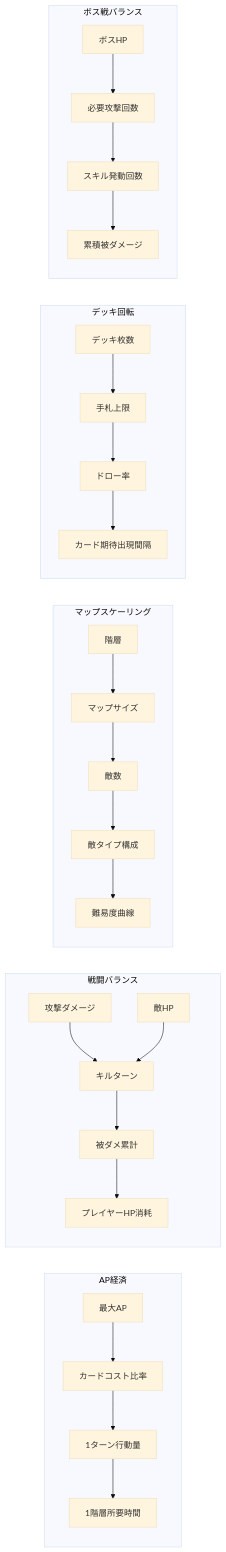
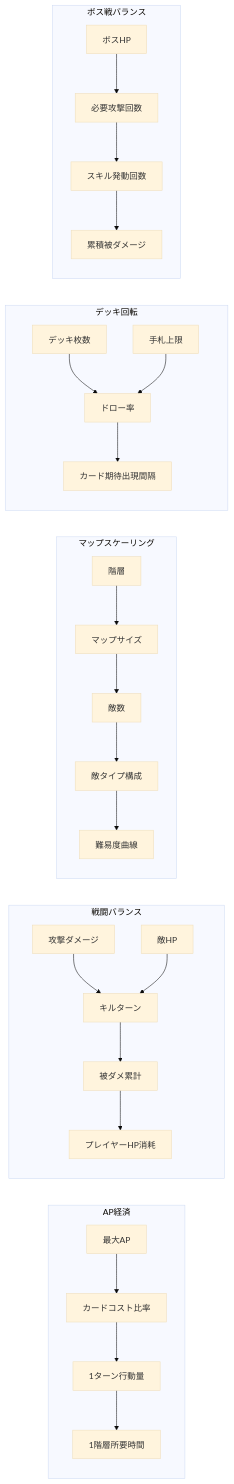
One commit to 2rumaki-playground/game-001-dungeon-cards changed the diagram in docs/spec/balance-sheet.md. Above: the diagram before and after it, drawn with Mermaid (base theme).

Commit message:
docs: デッキ回転のMermaid影響関係を修正

````diff
--- a/docs/spec/balance-sheet.md
+++ b/docs/spec/balance-sheet.md
@@ -122,34 +122,34 @@
 ```mermaid
 flowchart LR
     subgraph AP経済
         A1[最大AP] --> CC[カードコスト比率]
         CC --> TA[1ターン行動量]
         TA --> FT[1階層所要時間]
     end
 
     subgraph 戦闘バランス
         D1[攻撃ダメージ] --> KT[キルターン]
         EHP[敵HP] --> KT[キルターン]
         KT --> TD[被ダメ累計]
         TD --> PH[プレイヤーHP消耗]
     end
 
     subgraph マップスケーリング
         FL[階層] --> MS[マップサイズ]
         MS --> EN[敵数]
         EN --> ET[敵タイプ構成]
         ET --> DC[難易度曲線]
     end
 
     subgraph デッキ回転
-        DS[デッキ枚数] --> HL[手札上限]
-        HL --> DR[ドロー率]
+        DS[デッキ枚数] --> DR[ドロー率]
+        HL[手札上限] --> DR[ドロー率]
         DR --> CI[カード期待出現間隔]
     end
 
     subgraph ボス戦バランス
         BH[ボスHP] --> AR[必要攻撃回数]
         AR --> SC[スキル発動回数]
         SC --> BD[累積被ダメージ]
     end
 ```
````
